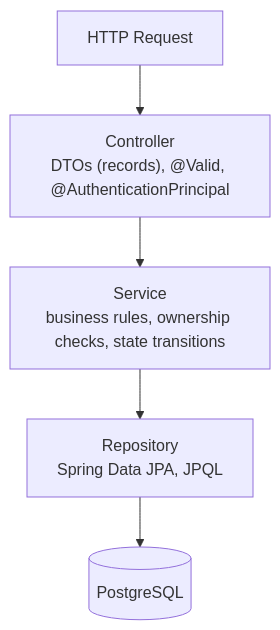
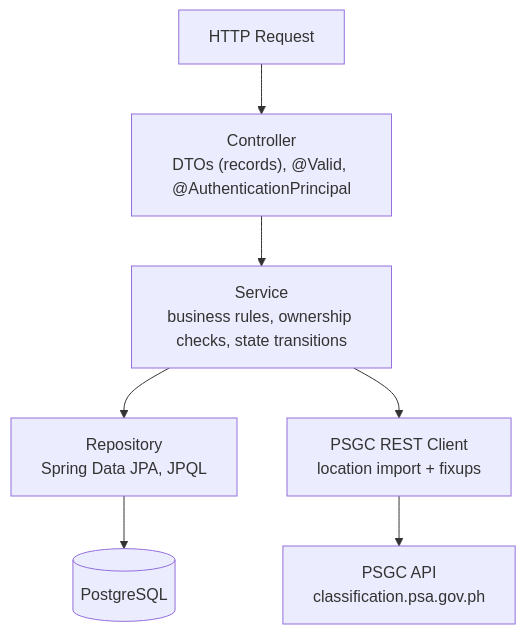
Before and after one commit to frnsjshh/TaraTulong: the second of 4 diagrams in readme.md, drawn with Mermaid. The commit also changed other lines of this file and 1 other file, not shown here.

Commit message:
Add `render.yaml` for Render deployment and update README with PSGC integration and event tagging details

````diff
--- a/readme.md
+++ b/readme.md
@@ -165,7 +217,9 @@
 ```mermaid
 flowchart TD
     A["HTTP Request"] --> B["Controller<br/>DTOs (records), @Valid, @AuthenticationPrincipal"]
     B --> C["Service<br/>business rules, ownership checks, state transitions"]
     C --> D["Repository<br/>Spring Data JPA, JPQL"]
     D --> E[("PostgreSQL")]
+    C --> F["PSGC REST Client<br/>location import + fixups"]
+    F --> G["PSGC API<br/>classification.psa.gov.ph"]
 ```
````
